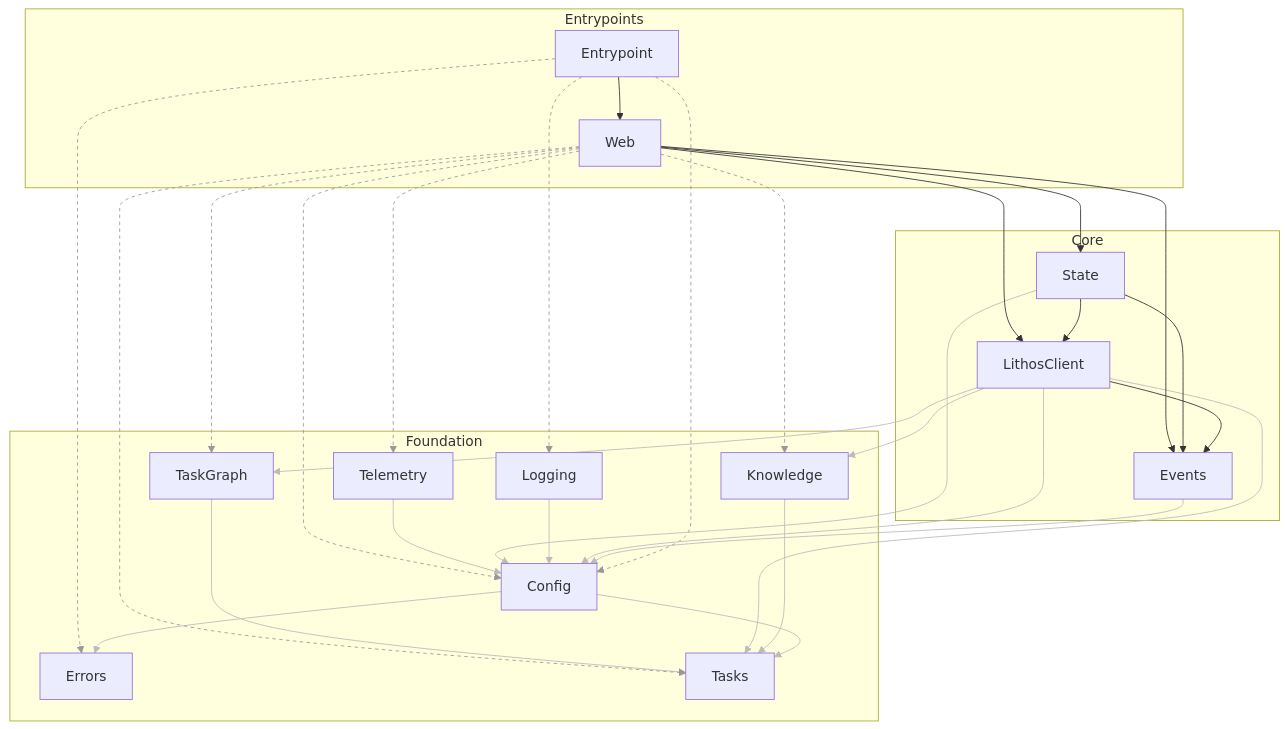
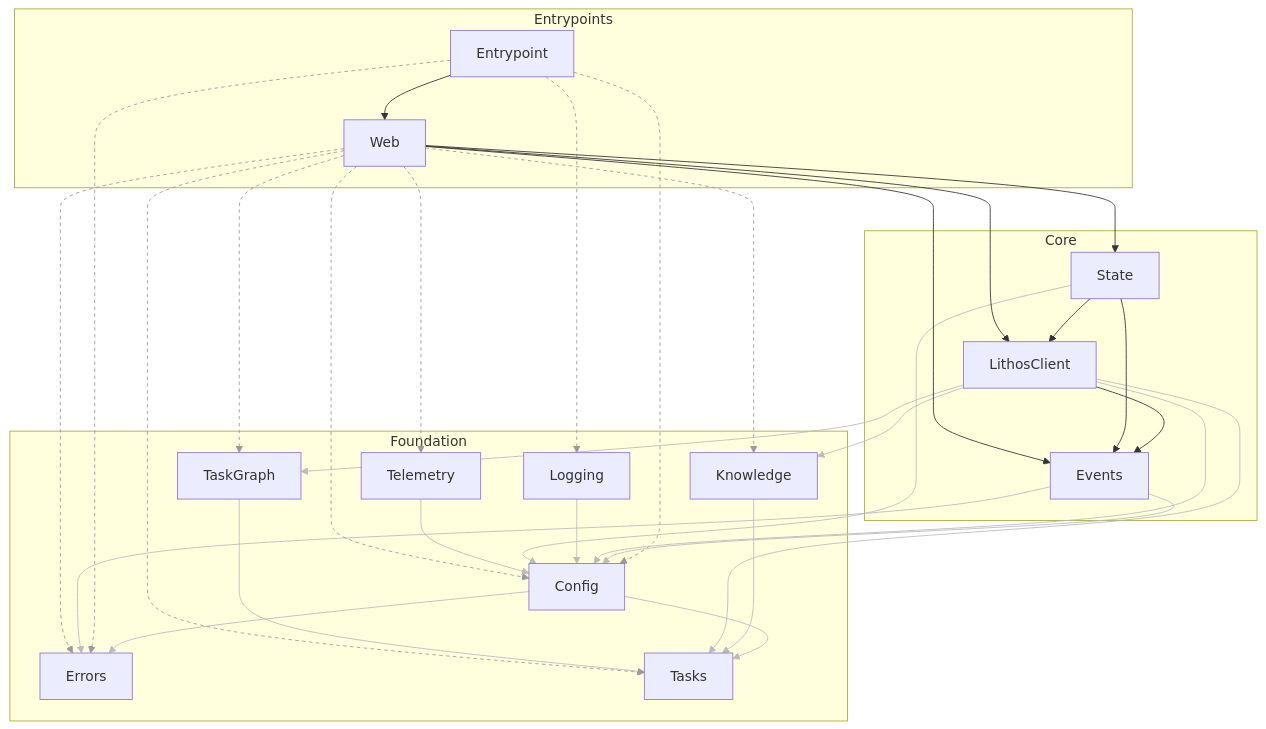
Before and after one commit to agent-lore/lithos-lens: the diagram in docs/generated/architecture.md, drawn with Mermaid. The commit also changed 11 other files, not shown here.

````diff
--- a/docs/generated/architecture.md
+++ b/docs/generated/architecture.md
@@ -42,6 +42,7 @@
   Entrypoint --> Logging
   Entrypoint --> Web
   Events --> Config
+  Events --> Errors
   Knowledge --> Tasks
   LithosClient --> Config
   LithosClient --> Events
@@ -55,6 +56,7 @@
   TaskGraph --> Tasks
   Telemetry --> Config
   Web --> Config
+  Web --> Errors
   Web --> Events
   Web --> Knowledge
   Web --> LithosClient
@@ -70,16 +72,18 @@
   linkStyle 6 stroke:#bbb
   linkStyle 7 stroke:#bbb
   linkStyle 8 stroke:#bbb
-  linkStyle 10 stroke:#bbb
+  linkStyle 9 stroke:#bbb
   linkStyle 11 stroke:#bbb
   linkStyle 12 stroke:#bbb
   linkStyle 13 stroke:#bbb
   linkStyle 14 stroke:#bbb
-  linkStyle 17 stroke:#bbb
+  linkStyle 15 stroke:#bbb
   linkStyle 18 stroke:#bbb
-  linkStyle 19 stroke:#999,stroke-dasharray:4
+  linkStyle 19 stroke:#bbb
+  linkStyle 20 stroke:#999,stroke-dasharray:4
   linkStyle 21 stroke:#999,stroke-dasharray:4
-  linkStyle 24 stroke:#999,stroke-dasharray:4
-  linkStyle 25 stroke:#999,stroke-dasharray:4
+  linkStyle 23 stroke:#999,stroke-dasharray:4
   linkStyle 26 stroke:#999,stroke-dasharray:4
+  linkStyle 27 stroke:#999,stroke-dasharray:4
+  linkStyle 28 stroke:#999,stroke-dasharray:4
 ```
````
